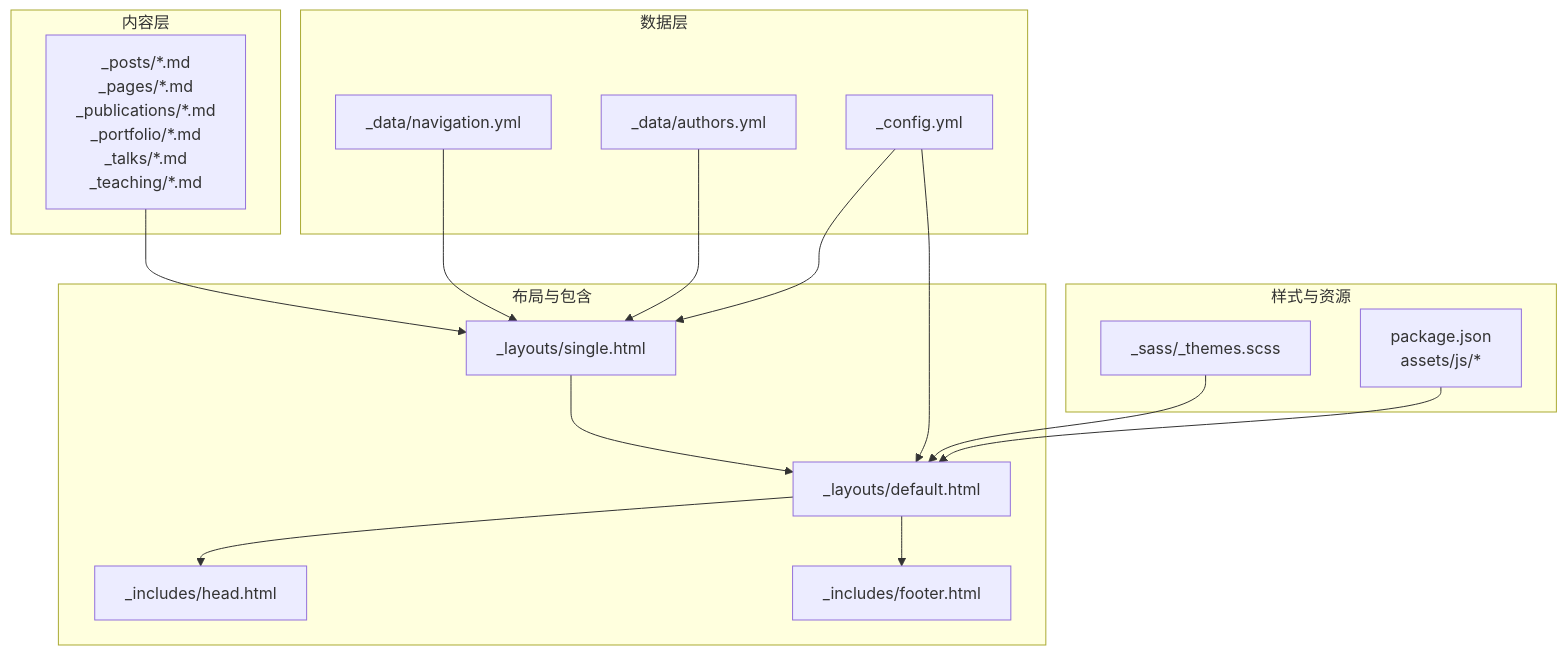
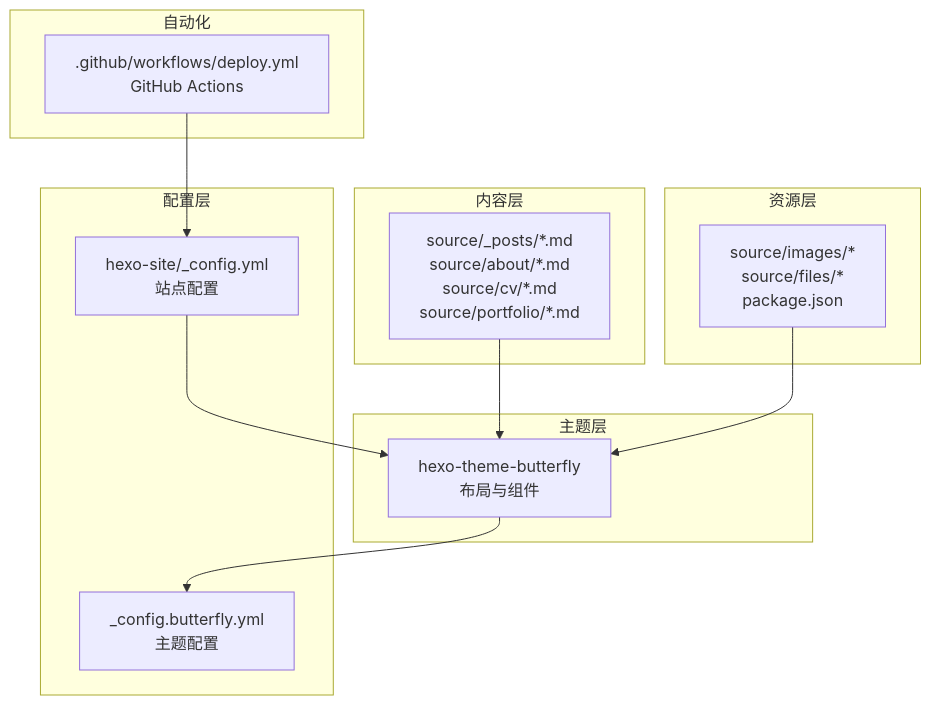
One commit to CoolPig0720/CoolPig0720.github.io changed the first of 5 diagrams in .qoder/repowiki/zh/content/项目概述/架构设计.md. Above: the diagram before and after it, drawn with Mermaid. The commit also changed other lines of this file and 36 other files, not shown here.

````diff
--- a/.qoder/repowiki/zh/content/项目概述/架构设计.md
+++ b/.qoder/repowiki/zh/content/项目概述/架构设计.md
@@ -46,31 +51,24 @@
 ```mermaid
 graph TB
 subgraph "内容层"
-P["_posts/*.md<br/>_pages/*.md<br/>_publications/*.md<br/>_portfolio/*.md<br/>_talks/*.md<br/>_teaching/*.md"]
+P["source/_posts/*.md<br/>source/about/*.md<br/>source/cv/*.md<br/>source/portfolio/*.md"]
 end
-subgraph "布局与包含"
-L1["_layouts/default.html"]
-L2["_layouts/single.html"]
-I1["_includes/head.html"]
-I2["_includes/footer.html"]
+subgraph "主题层"
+T["hexo-theme-butterfly<br/>布局与组件"]
 end
-subgraph "数据层"
-D1["_data/navigation.yml"]
-D2["_data/authors.yml"]
-C["_config.yml"]
+subgraph "配置层"
+C1["hexo-site/_config.yml<br/>站点配置"]
+C2["_config.butterfly.yml<br/>主题配置"]
 end
-subgraph "样式与资源"
-S["_sass/_themes.scss"]
-JS["package.json<br/>assets/js/*"]
+subgraph "资源层"
+R["source/images/*<br/>source/files/*<br/>package.json"]
 end
-P --> L2
-L2 --> L1
-L1 --> I1
-L1 --> I2
-D1 --> L2
-D2 --> L2
-C --> L2
-C --> L1
-S --> L1
-JS --> L1
+subgraph "自动化"
+A[".github/workflows/deploy.yml<br/>GitHub Actions"]
+end
+P --> T
+T --> C2
+C1 --> T
+R --> T
+A --> C1
 ```
````
